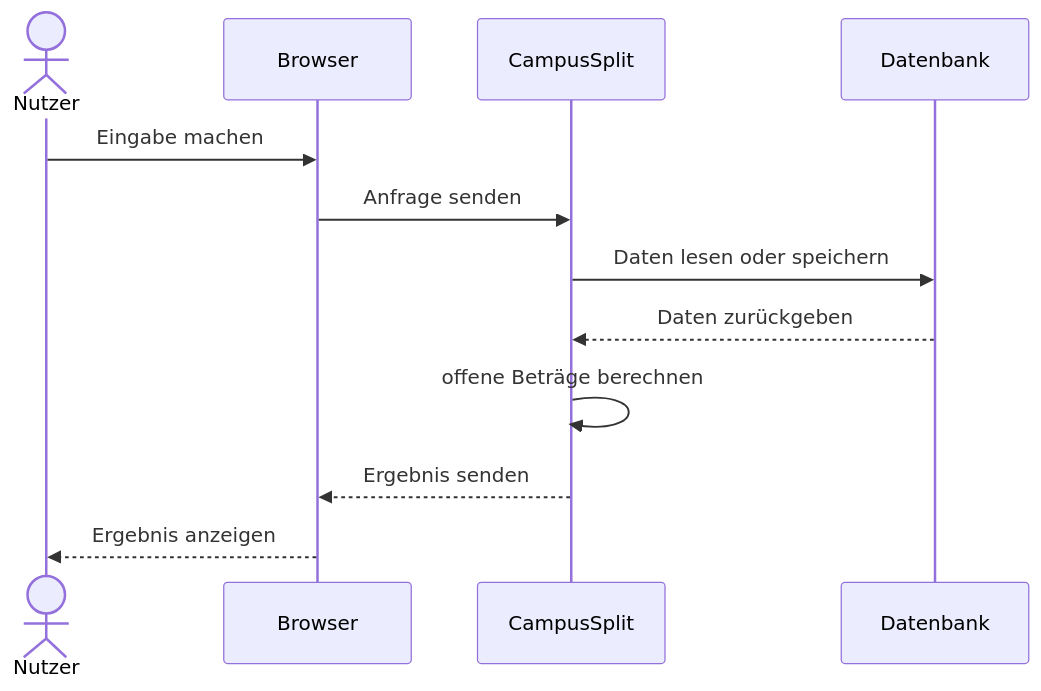
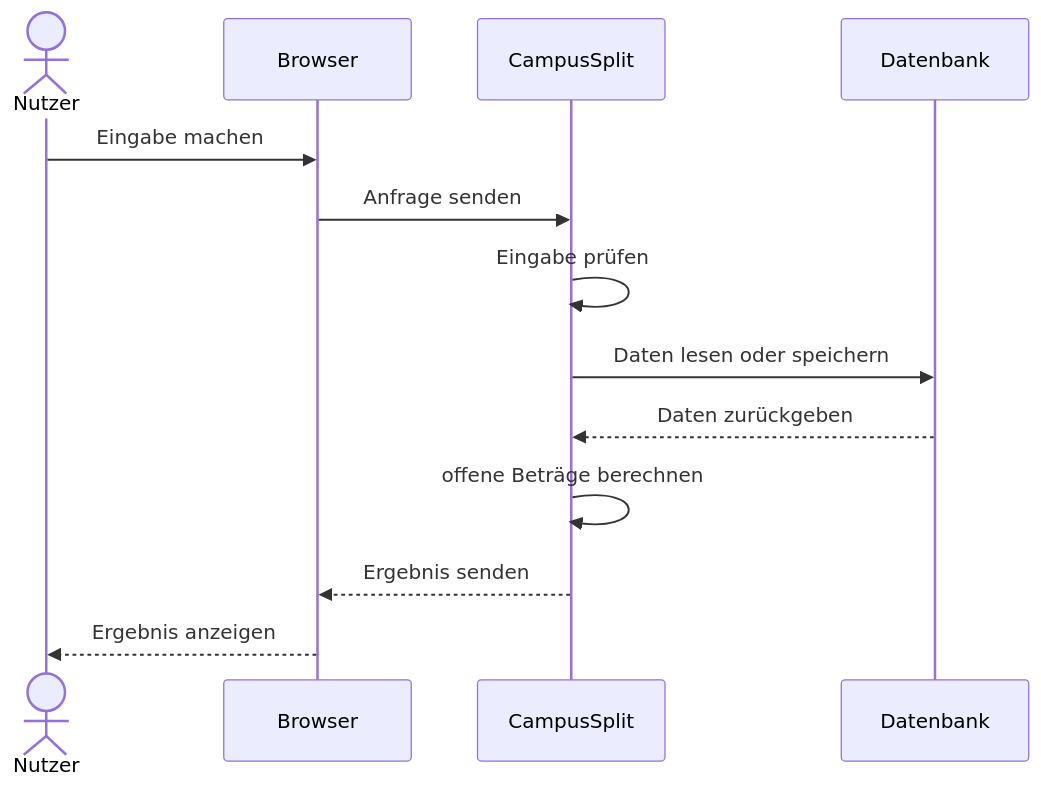
One commit to Bunyamin0101/WK_1106_CampusSplit changed the third of 5 diagrams in Spezifikation/P2_Architekturueberblick.md. Above: the diagram before and after it, drawn with Mermaid. The commit also changed other lines of this file, not shown here.

First line of the commit message:
Revise architecture overview and terminology in documentation

````diff
--- a/Spezifikation/P2_Architekturueberblick.md
+++ b/Spezifikation/P2_Architekturueberblick.md
@@ -73,15 +90,16 @@
 ```mermaid
 sequenceDiagram
     actor Nutzer
     participant Browser
-    participant CampusSplit
-    participant Datenbank
+    participant CS as CampusSplit
+    participant DB as Datenbank
 
     Nutzer->>Browser: Eingabe machen
-    Browser->>CampusSplit: Anfrage senden
-    CampusSplit->>Datenbank: Daten lesen oder speichern
-    Datenbank-->>CampusSplit: Daten zurückgeben
-    CampusSplit->>CampusSplit: offene Beträge berechnen
-    CampusSplit-->>Browser: Ergebnis senden
+    Browser->>CS: Anfrage senden
+    CS->>CS: Eingabe prüfen
+    CS->>DB: Daten lesen oder speichern
+    DB-->>CS: Daten zurückgeben
+    CS->>CS: offene Beträge berechnen
+    CS-->>Browser: Ergebnis senden
     Browser-->>Nutzer: Ergebnis anzeigen
 ```
````
